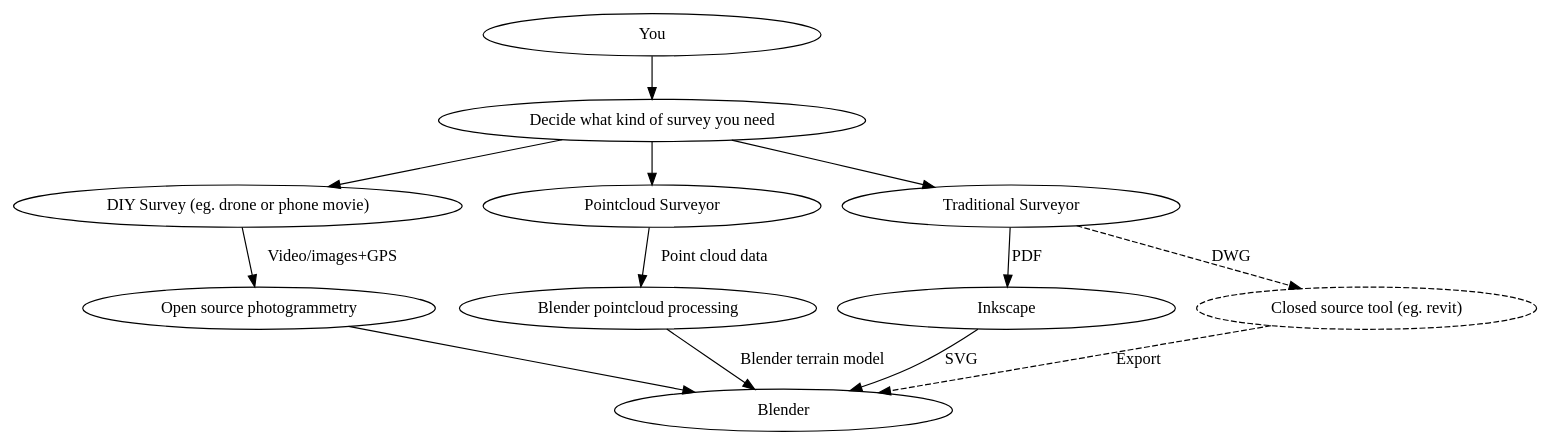
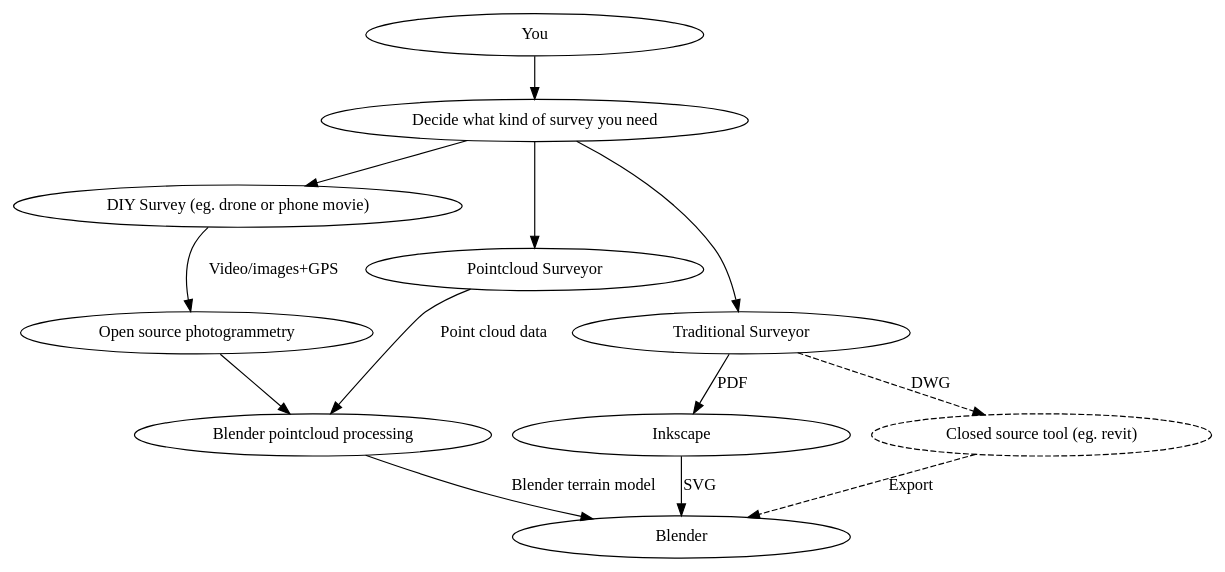
The diagram in surveying.dot (globalcitizen/open-source-architecture-workflows), drawn with Graphviz before and after one commit. The commit also changed 1 other file, not shown here.

Commit message:
Update diagram

```diff
--- a/surveying.dot
+++ b/surveying.dot
@@ -1,60 +1,60 @@
 digraph g {
  rankdir=TB;
  surveying_decision [
   label="Decide what kind of survey you need"
  ]
  diy_survey [
   width=4
   label="DIY Survey (eg. drone or phone movie)"
  ]
  pointcloud_surveyor [
   width=4
   label="Pointcloud Surveyor"
  ]
  traditional_surveyor [
   width=4
   label="Traditional Surveyor"
  ]
  you [
   width=4
   label="You"
  ]
  inkscape [
   width=4
   label="Inkscape"
  ]
  blender_pointcloud_processing [
   width=4
   label="Blender pointcloud processing"
  ]
  blender [
   width=4
   label="Blender"
  ]
  closed_source_tool [
   width=4
   label="Closed source tool (eg. revit)"
   style="dashed"
  ]
  open_source_photogrammetry [
   width=4
   label="Open source photogrammetry"
  ]
 
  you -> surveying_decision;
 
  surveying_decision -> pointcloud_surveyor;
  surveying_decision -> traditional_surveyor;
  surveying_decision -> diy_survey;
 
  traditional_surveyor->inkscape [ label = "PDF"; ];
  traditional_surveyor->closed_source_tool [ label = "DWG"; style="dashed"; ];
  closed_source_tool->blender [ label = "Export"; style="dashed"; ];
  pointcloud_surveyor->blender_pointcloud_processing [ label = "Point cloud data"; ];
  diy_survey->open_source_photogrammetry [ label = "Video/images+GPS"; ];
 
  blender_pointcloud_processing->blender [ label = "Blender terrain model"; ];
- open_source_photogrammetry->blender;
+ open_source_photogrammetry->blender_pointcloud_processing;
  inkscape->blender [ label = "SVG"; ];
  
 }
```
